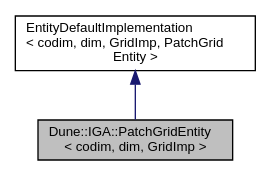
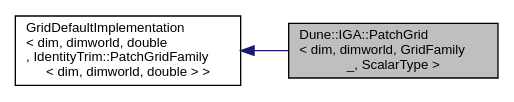
Before and after one commit to rath3t/dune-iga-doc: the diagram in d8/d15/a01218.dot, drawn with Graphviz. The commit also changed 1366 other files, not shown here.

Commit message:
deploy: rath3t/dune-iga@969adfa9f2f619d4a726f631c2d194354445b194

```diff
--- a/d8/d15/a01218.dot
+++ b/d8/d15/a01218.dot
@@ -1,9 +1,10 @@
-digraph "Dune::IGA::PatchGridEntity&lt; codim, dim, GridImp &gt;"
+digraph "Dune::IGA::PatchGrid&lt; dim, dimworld, GridFamily_, ScalarType &gt;"
 {
  // LATEX_PDF_SIZE
   edge [fontname="Helvetica",fontsize="10",labelfontname="Helvetica",labelfontsize="10"];
   node [fontname="Helvetica",fontsize="10",shape=record];
-  Node1 [label="Dune::IGA::PatchGridEntity\l\< codim, dim, GridImp \>",height=0.2,width=0.4,color="black", fillcolor="grey75", style="filled", fontcolor="black",tooltip="The implementation of entities in a PatchGrid."];
+  rankdir="LR";
+  Node1 [label="Dune::IGA::PatchGrid\l\< dim, dimworld, GridFamily\l_, ScalarType \>",height=0.2,width=0.4,color="black", fillcolor="grey75", style="filled", fontcolor="black",tooltip="Provides a NURBS grid based on a single NURBS patch."];
   Node2 -> Node1 [dir="back",color="midnightblue",fontsize="10",style="solid",fontname="Helvetica"];
-  Node2 [label="EntityDefaultImplementation\l\< codim, dim, GridImp, PatchGrid\lEntity \>",height=0.2,width=0.4,color="black", fillcolor="white", style="filled",tooltip=" "];
+  Node2 [label="GridDefaultImplementation\l\< dim, dimworld, double\l , IdentityTrim::PatchGridFamily\l \< dim, dimworld, double  \> \>",height=0.2,width=0.4,color="black", fillcolor="white", style="filled",tooltip=" "];
 }
```
